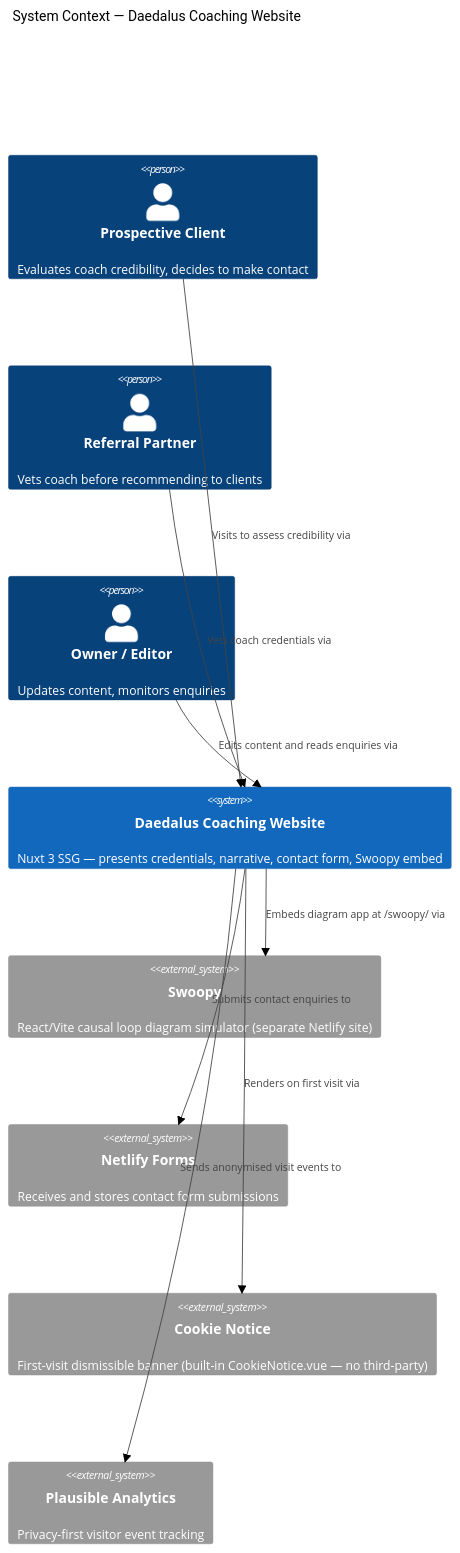
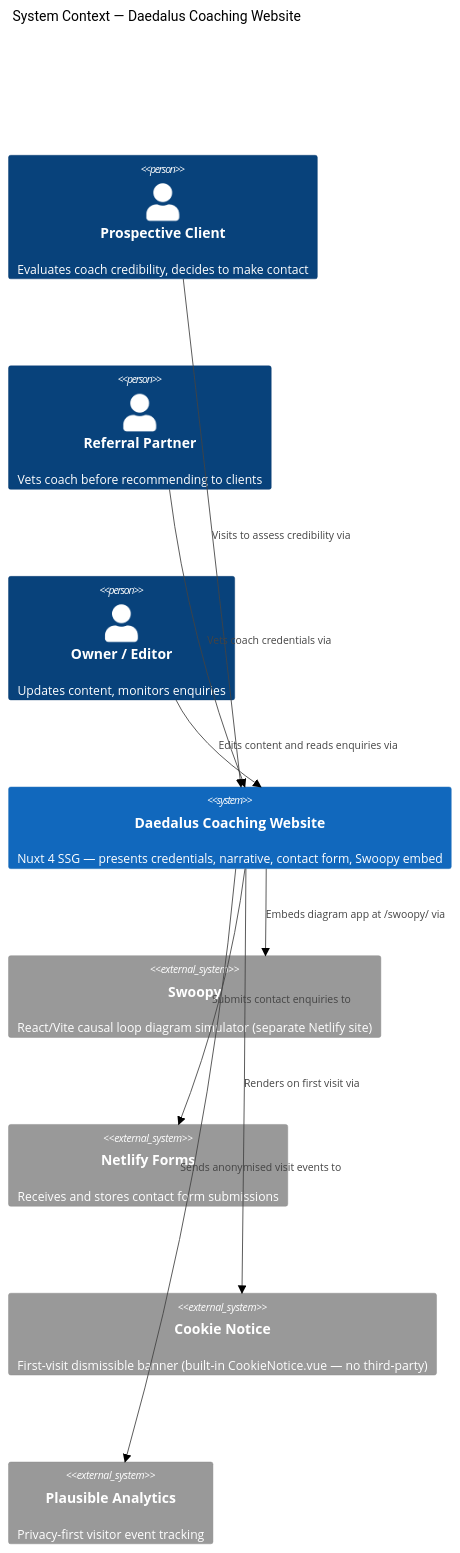
One commit to danjmfox/daedaluscoaching.com changed the first of 2 diagrams in docs/product/architecture/brief.md. Above: the diagram before and after it, drawn with Mermaid (forest theme). The commit also changed other lines of this file and 41 other files, not shown here.

````diff
--- a/docs/product/architecture/brief.md
+++ b/docs/product/architecture/brief.md
@@ -52,24 +52,24 @@
 ```mermaid
 C4Context
   title System Context — Daedalus Coaching Website
 
   Person(client, "Prospective Client", "Evaluates coach credibility, decides to make contact")
   Person(partner, "Referral Partner", "Vets coach before recommending to clients")
   Person(owner, "Owner / Editor", "Updates content, monitors enquiries")
 
-  System(site, "Daedalus Coaching Website", "Nuxt 3 SSG — presents credentials, narrative, contact form, Swoopy embed")
+  System(site, "Daedalus Coaching Website", "Nuxt 4 SSG — presents credentials, narrative, contact form, Swoopy embed")
 
   System_Ext(swoopy, "Swoopy", "React/Vite causal loop diagram simulator (separate Netlify site)")
   System_Ext(netlify_forms, "Netlify Forms", "Receives and stores contact form submissions")
   System_Ext(cookie_notice, "Cookie Notice", "First-visit dismissible banner (built-in CookieNotice.vue — no third-party)")
   System_Ext(analytics, "Plausible Analytics", "Privacy-first visitor event tracking")
 
   Rel(client, site, "Visits to assess credibility via")
   Rel(partner, site, "Vets coach credentials via")
   Rel(owner, site, "Edits content and reads enquiries via")
 
   Rel(site, swoopy, "Embeds diagram app at /swoopy/ via")
   Rel(site, netlify_forms, "Submits contact enquiries to")
   Rel(site, cookie_notice, "Renders on first visit via")
   Rel(site, analytics, "Sends anonymised visit events to")
 ```
````
